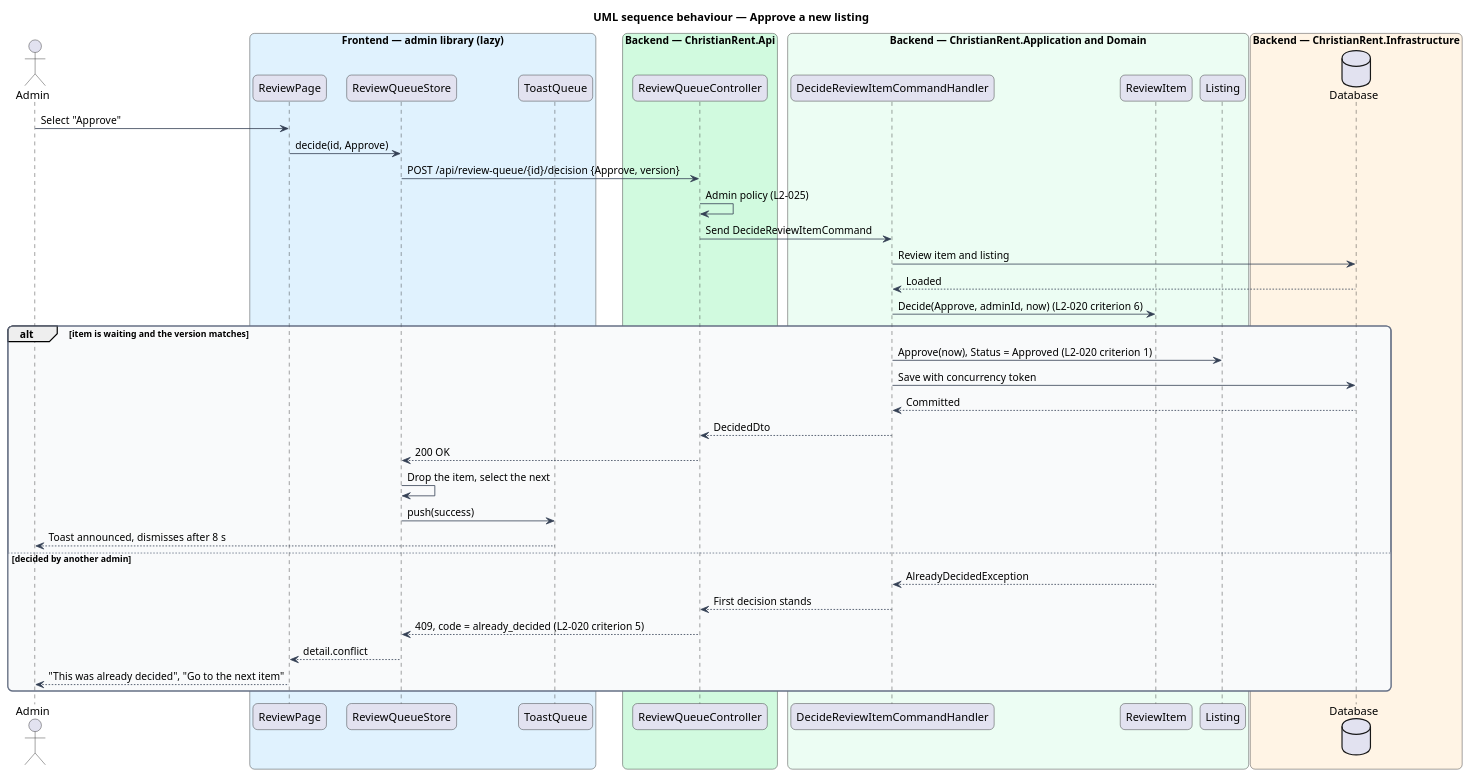
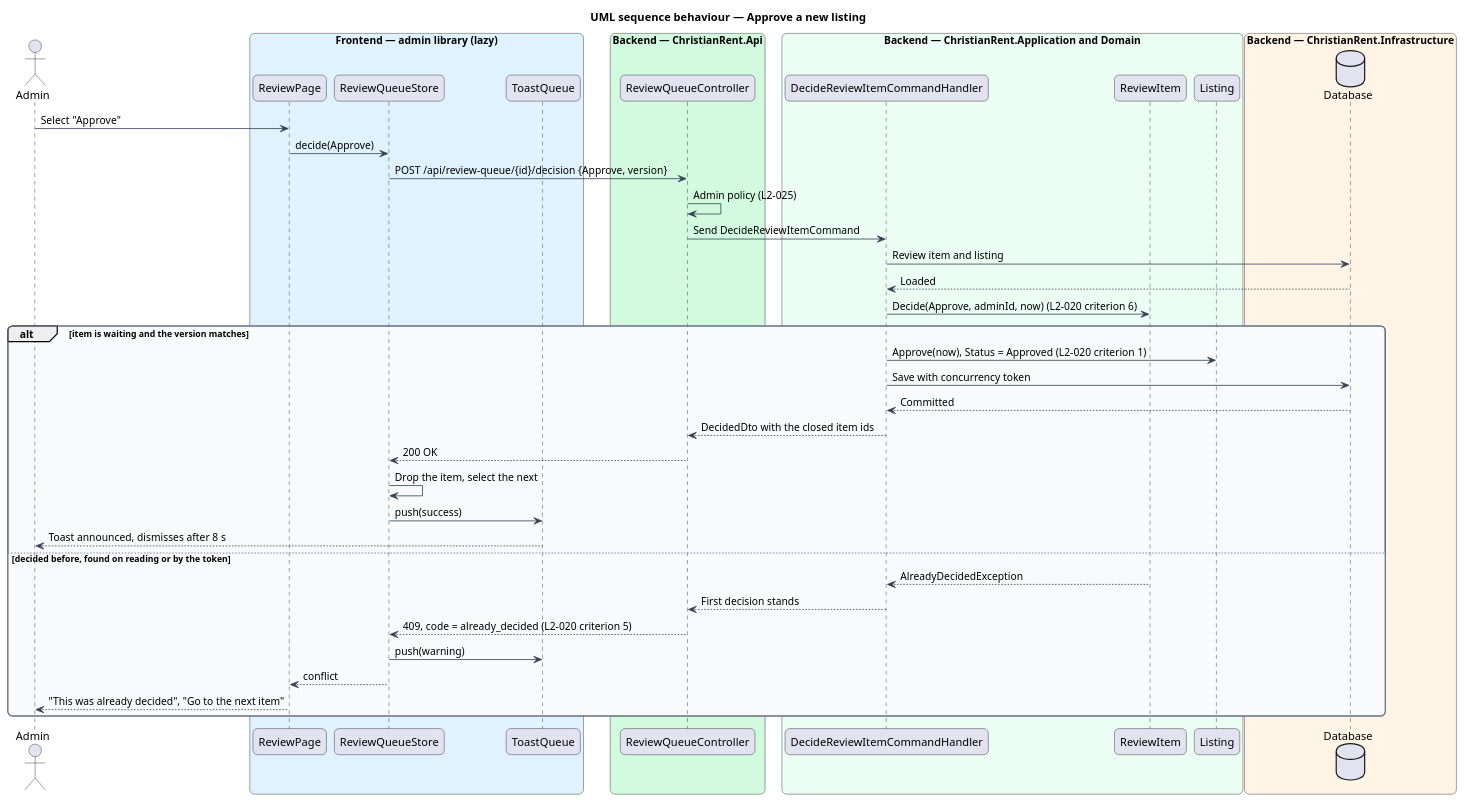
One commit to QuinntyneBrown/christian-rent changed the diagram in docs/detailed-designs/review/decide-review-item/diagrams/sequence-approve.puml. Above: the diagram before and after it, drawn with PlantUML. The commit also changed 49 other files, not shown here.

```diff
--- a/docs/detailed-designs/review/decide-review-item/diagrams/sequence-approve.puml
+++ b/docs/detailed-designs/review/decide-review-item/diagrams/sequence-approve.puml
@@ -1,58 +1,59 @@
 @startuml
 title UML sequence behaviour — Approve a new listing
 skinparam backgroundColor #FFFFFF
 skinparam shadowing false
 skinparam roundcorner 12
 skinparam defaultFontName Arial
 skinparam ArrowColor #344054
 skinparam rectangle {
   BorderColor #344054
   FontColor #101828
 }
 skinparam package {
   BorderColor #667085
   FontColor #101828
   BackgroundColor #F9FAFB
 }
 actor "Admin" as actor
 box "Frontend — admin library (lazy)" #E0F2FE
   participant "ReviewPage" as page
   participant "ReviewQueueStore" as store
   participant "ToastQueue" as toasts
 end box
 box "Backend — ChristianRent.Api" #D1FADF
   participant "ReviewQueueController" as ctrl
 end box
 box "Backend — ChristianRent.Application and Domain" #ECFDF3
   participant "DecideReviewItemCommandHandler" as handler
   participant "ReviewItem" as item
   participant "Listing" as listing
 end box
 box "Backend — ChristianRent.Infrastructure" #FFF4E5
   database "Database" as db
 end box
 actor -> page : Select "Approve"
-page -> store : decide(id, Approve)
+page -> store : decide(Approve)
 store -> ctrl : POST /api/review-queue/{id}/decision {Approve, version}
 ctrl -> ctrl : Admin policy (L2-025)
 ctrl -> handler : Send DecideReviewItemCommand
 handler -> db : Review item and listing
 db --> handler : Loaded
 handler -> item : Decide(Approve, adminId, now) (L2-020 criterion 6)
 alt item is waiting and the version matches
   handler -> listing : Approve(now), Status = Approved (L2-020 criterion 1)
   handler -> db : Save with concurrency token
   db --> handler : Committed
-  handler --> ctrl : DecidedDto
+  handler --> ctrl : DecidedDto with the closed item ids
   ctrl --> store : 200 OK
   store -> store : Drop the item, select the next
   store -> toasts : push(success)
   toasts --> actor : Toast announced, dismisses after 8 s
-else decided by another admin
+else decided before, found on reading or by the token
   item --> handler : AlreadyDecidedException
   handler --> ctrl : First decision stands
   ctrl --> store : 409, code = already_decided (L2-020 criterion 5)
-  store --> page : detail.conflict
+  store -> toasts : push(warning)
+  store --> page : conflict
   page --> actor : "This was already decided", "Go to the next item"
 end
 @enduml
```
